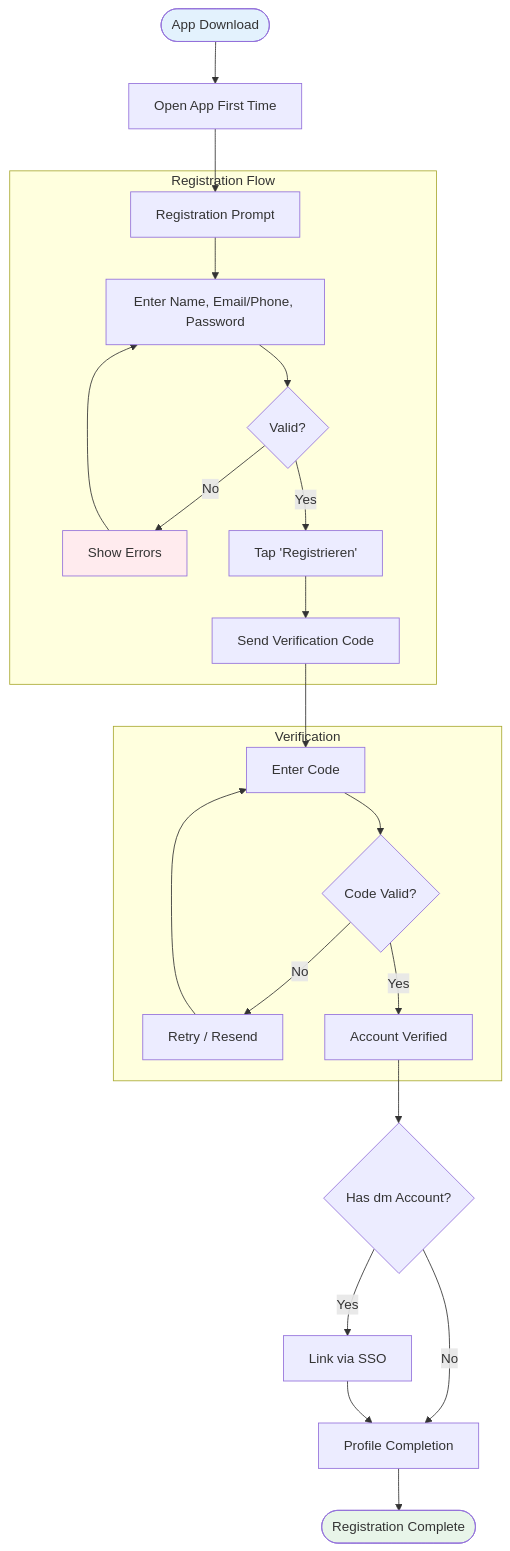
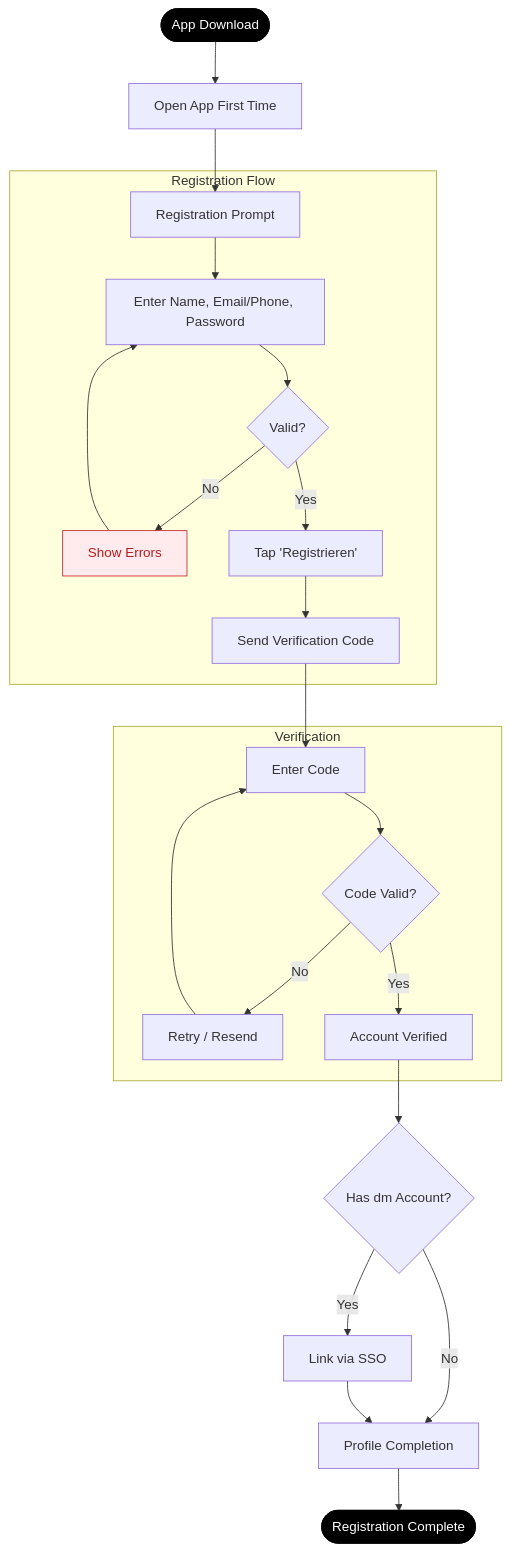
Before and after one commit to tini-works/proto-medalpha: the first of 9 diagrams in docs/USER-FLOWS.md, drawn with Mermaid. The commit also changed other lines of this file and 99 other files, not shown here.

````diff
--- a/docs/USER-FLOWS.md
+++ b/docs/USER-FLOWS.md
@@ -50,33 +50,33 @@
 ```mermaid
 flowchart TD
     START([App Download]) --> OPEN[Open App First Time]
     OPEN --> REG_PROMPT[Registration Prompt]
 
     subgraph REGISTRATION["Registration Flow"]
         REG_PROMPT --> INPUT[Enter Name, Email/Phone, Password]
         INPUT --> VALIDATE{Valid?}
         VALIDATE -->|No| ERROR[Show Errors]
         ERROR --> INPUT
         VALIDATE -->|Yes| SUBMIT[Tap 'Registrieren']
         SUBMIT --> VERIFY_SEND[Send Verification Code]
     end
 
     subgraph VERIFICATION["Verification"]
         VERIFY_SEND --> VERIFY_INPUT[Enter Code]
         VERIFY_INPUT --> VERIFY_CHECK{Code Valid?}
         VERIFY_CHECK -->|No| RETRY[Retry / Resend]
         RETRY --> VERIFY_INPUT
         VERIFY_CHECK -->|Yes| VERIFIED[Account Verified]
     end
 
     VERIFIED --> DM_CHECK{Has dm Account?}
     DM_CHECK -->|Yes| SSO[Link via SSO]
     DM_CHECK -->|No| PROFILE
     SSO --> PROFILE[Profile Completion]
 
     PROFILE --> DONE([Registration Complete])
 
-    style START fill:#e3f2fd
-    style DONE fill:#e8f5e9
-    style ERROR fill:#ffebee
+    style START fill:#000000,stroke:#000000,color:#ffffff
+    style DONE fill:#000000,stroke:#000000,color:#ffffff
+    style ERROR fill:#ffebee,stroke:#c62828,color:#b71c1c
 ```
````
